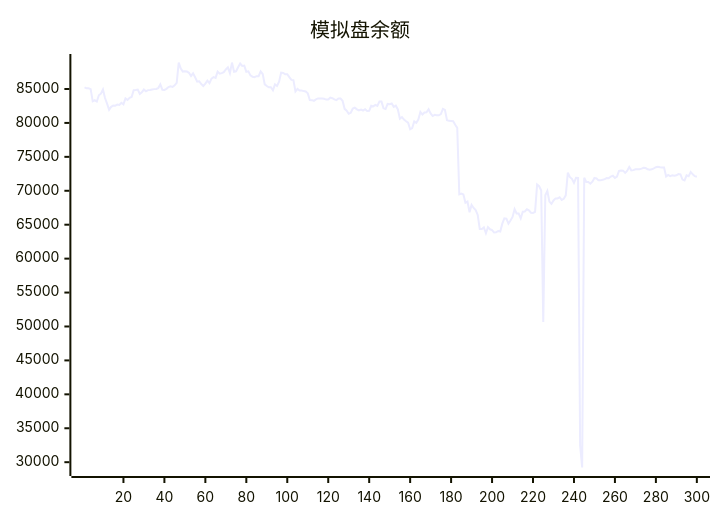
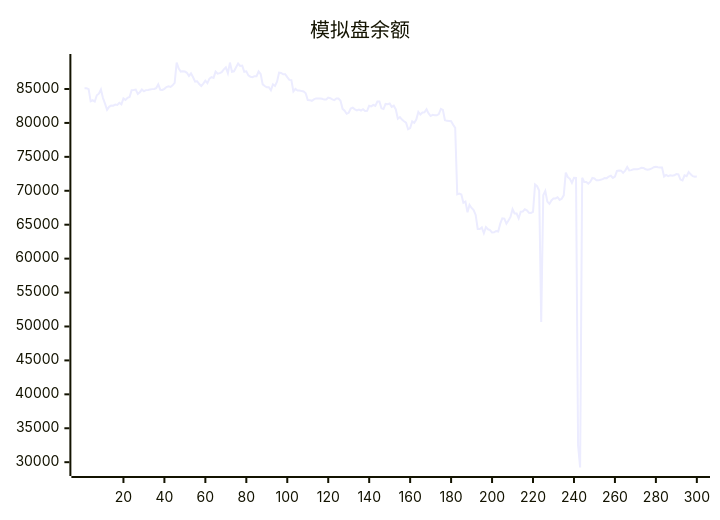
The diagram in README.md (aahl/ai-trading), drawn with Mermaid before and after one commit. The commit also changed other lines of this file and 1 other file, not shown here.

````diff
--- a/README.md
+++ b/README.md
@@ -5,5 +5,5 @@
 ```mermaid
 xychart
     title "模拟盘余额"
-    line [85234,85096,85095,84970,83180,83338,83157,84070,84309,84922,83667,82850,81924,82369,82552,82539,82695,82648,82962,82728,83619,83378,83710,83825,84819,84854,84917,84265,84527,84919,84668,84834,84850,84916,84981,85004,85131,85674,84891,84864,85019,85284,85393,85294,85538,85894,88904,88012,87567,87625,87568,87386,86920,87313,86737,86094,86143,85725,85437,85787,86219,85859,86526,86740,86630,87563,87264,87335,87483,87886,88180,87335,88894,87544,87608,88207,88755,88401,88444,87543,87608,87000,86810,86740,86894,86884,87576,87209,85686,85435,85251,85255,84820,85689,85453,86066,87420,87373,87161,87178,86740,86341,86315,84643,85012,84772,84768,84690,84635,84376,83360,83357,83259,83474,83608,83606,83602,83548,83440,83454,83724,83644,83464,83365,83590,83592,83275,82072,81806,81344,81492,82109,82254,82006,81848,81955,81829,82022,81769,81776,82522,82441,82656,82498,83144,83144,82150,82038,82797,82763,82872,82367,82536,81981,80612,80862,80484,80242,80034,79063,79245,80226,80016,80507,81625,81233,81544,81578,82016,81401,81019,81186,81130,81118,81306,82066,81909,80392,80304,80291,80258,79729,79261,69466,69579,69456,68251,68415,66832,67911,67462,67144,66432,64380,64375,64606,63740,64647,64324,64216,63842,63877,64078,64008,65156,65945,65888,65157,65625,66144,67284,66653,66639,65924,66925,66956,67263,67108,66766,66729,66886,70927,70673,70049,50652,69334,69973,68400,68061,68578,68876,68879,69055,68662,68822,69329,72687,71999,71760,71162,71911,71896,32500,29218,71927,71297,71305,71044,71337,71883,71822,71536,71536,71622,71723,71880,71860,72100,72216,71887,72077,72940,72976,72966,72638,72948,73497,73004,73041,73173,73160,73186,73258,73375,73351,73173,73098,73161,73305,73474,73536,73457,73413,73412,72100,72333,72164,72272,72204,72285,72461,72421,71652,71521,72267,72157,72774,72424,72144,72060]
+    line [85096,85095,84970,83180,83338,83157,84070,84309,84922,83667,82850,81924,82369,82552,82539,82695,82648,82962,82728,83619,83378,83710,83825,84819,84854,84917,84265,84527,84919,84668,84834,84850,84916,84981,85004,85131,85674,84891,84864,85019,85284,85393,85294,85538,85894,88904,88012,87567,87625,87568,87386,86920,87313,86737,86094,86143,85725,85437,85787,86219,85859,86526,86740,86630,87563,87264,87335,87483,87886,88180,87335,88894,87544,87608,88207,88755,88401,88444,87543,87608,87000,86810,86740,86894,86884,87576,87209,85686,85435,85251,85255,84820,85689,85453,86066,87420,87373,87161,87178,86740,86341,86315,84643,85012,84772,84768,84690,84635,84376,83360,83357,83259,83474,83608,83606,83602,83548,83440,83454,83724,83644,83464,83365,83590,83592,83275,82072,81806,81344,81492,82109,82254,82006,81848,81955,81829,82022,81769,81776,82522,82441,82656,82498,83144,83144,82150,82038,82797,82763,82872,82367,82536,81981,80612,80862,80484,80242,80034,79063,79245,80226,80016,80507,81625,81233,81544,81578,82016,81401,81019,81186,81130,81118,81306,82066,81909,80392,80304,80291,80258,79729,79261,69466,69579,69456,68251,68415,66832,67911,67462,67144,66432,64380,64375,64606,63740,64647,64324,64216,63842,63877,64078,64008,65156,65945,65888,65157,65625,66144,67284,66653,66639,65924,66925,66956,67263,67108,66766,66729,66886,70927,70673,70049,50652,69334,69973,68400,68061,68578,68876,68879,69055,68662,68822,69329,72687,71999,71760,71162,71911,71896,32500,29218,71927,71297,71305,71044,71337,71883,71822,71536,71536,71622,71723,71880,71860,72100,72216,71887,72077,72940,72976,72966,72638,72948,73497,73004,73041,73173,73160,73186,73258,73375,73351,73173,73098,73161,73305,73474,73536,73457,73413,73412,72100,72333,72164,72272,72204,72285,72461,72421,71652,71521,72267,72157,72774,72424,72144,72060,72091]
 ```
````
